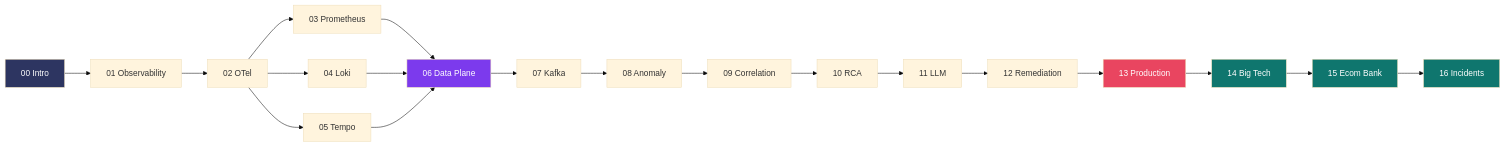
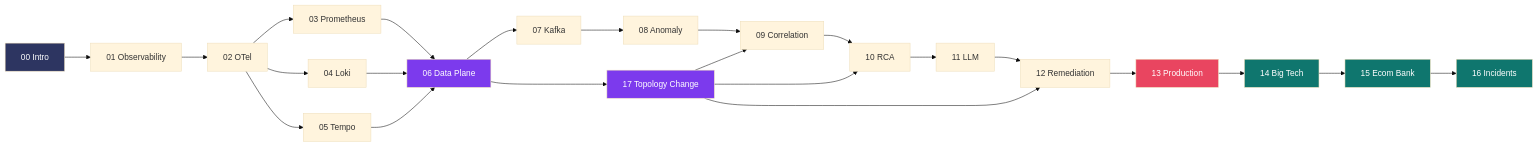
The first of 2 diagrams in README.md (XUanhoa04/aiops-engineering-handbook), drawn with Mermaid (base theme) before and after one commit. The commit also changed other lines of this file and 19 other files, not shown here.

````diff
--- a/README.md
+++ b/README.md
@@ -54,28 +59,33 @@
 ```mermaid
 graph LR
     A[00 Intro] --> B[01 Observability]
     B --> C[02 OTel]
     C --> D[03 Prometheus]
     C --> E[04 Loki]
     C --> F[05 Tempo]
     D --> DP[06 Data Plane]
     E --> DP
     F --> DP
     DP --> G[07 Kafka]
     G --> H[08 Anomaly]
     H --> I[09 Correlation]
     I --> J[10 RCA]
     J --> K[11 LLM]
     K --> L[12 Remediation]
     L --> M[13 Production]
     M --> N[14 Big Tech]
     N --> O[15 Ecom Bank]
     O --> P[16 Incidents]
+    DP --> Q[17 Topology Change]
+    Q --> I
+    Q --> J
+    Q --> L
 
     style A fill:#2d3561,color:#fff
     style DP fill:#7c3aed,color:#fff
+    style Q fill:#7c3aed,color:#fff
     style M fill:#e94560,color:#fff
     style N fill:#0f766e,color:#fff
     style O fill:#0f766e,color:#fff
     style P fill:#0f766e,color:#fff
 ```
````
